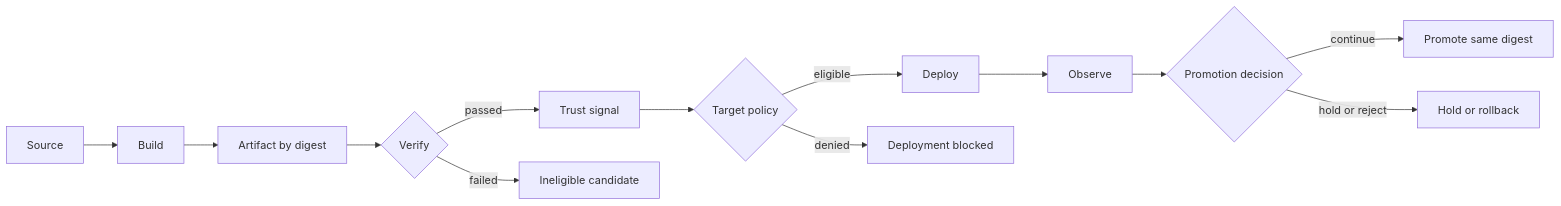
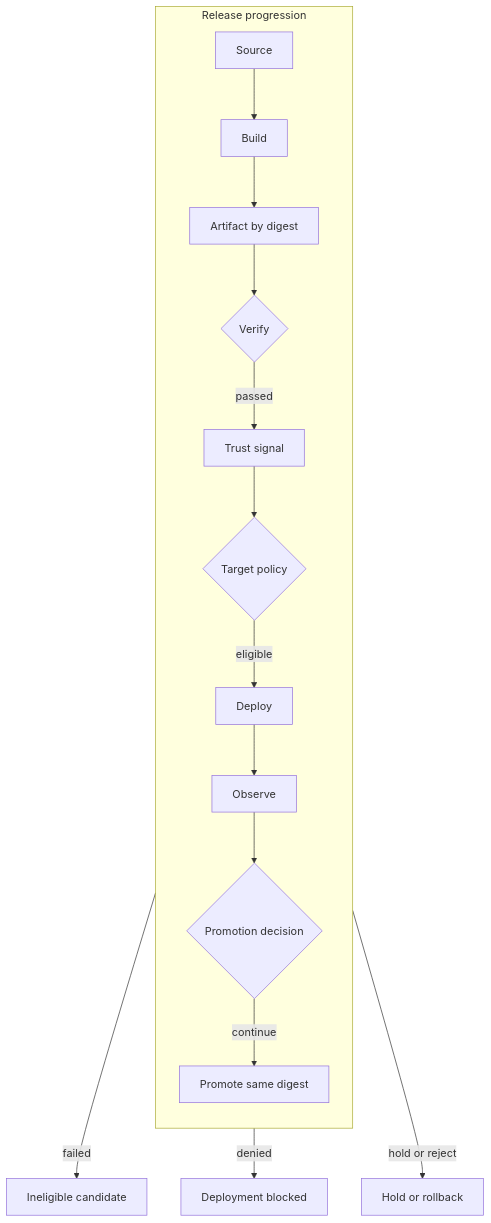
One commit to DimitryZH/secure-delivery-platform changed the second of 5 diagrams in docs/diagrams/README.md. Above: the diagram before and after it, drawn with Mermaid. The commit also changed other lines of this file and 2 other files, not shown here.

Commit message:
docs: refine trusted delivery architecture

````diff
--- a/docs/diagrams/README.md
+++ b/docs/diagrams/README.md
@@ -37,15 +40,19 @@
 ```mermaid
-flowchart LR
-    S[Source] --> B[Build]
-    B --> A[Artifact by digest]
-    A --> V{Verify}
-    V -->|passed| T[Trust signal]
+flowchart TB
+    subgraph EligiblePath[Release progression]
+        direction TB
+        S[Source] --> B[Build]
+        B --> A[Artifact by digest]
+        A --> V{Verify}
+        V -->|passed| T[Trust signal]
+        T --> P{Target policy}
+        P -->|eligible| D[Deploy]
+        D --> O[Observe]
+        O --> R{Promotion decision}
+        R -->|continue| Next[Promote same digest]
+    end
+
     V -->|failed| StopV[Ineligible candidate]
-    T --> P{Target policy}
-    P -->|eligible| D[Deploy]
     P -->|denied| StopP[Deployment blocked]
-    D --> O[Observe]
-    O --> R{Promotion decision}
-    R -->|continue| Next[Promote same digest]
     R -->|hold or reject| StopR[Hold or rollback]
 ```
````
